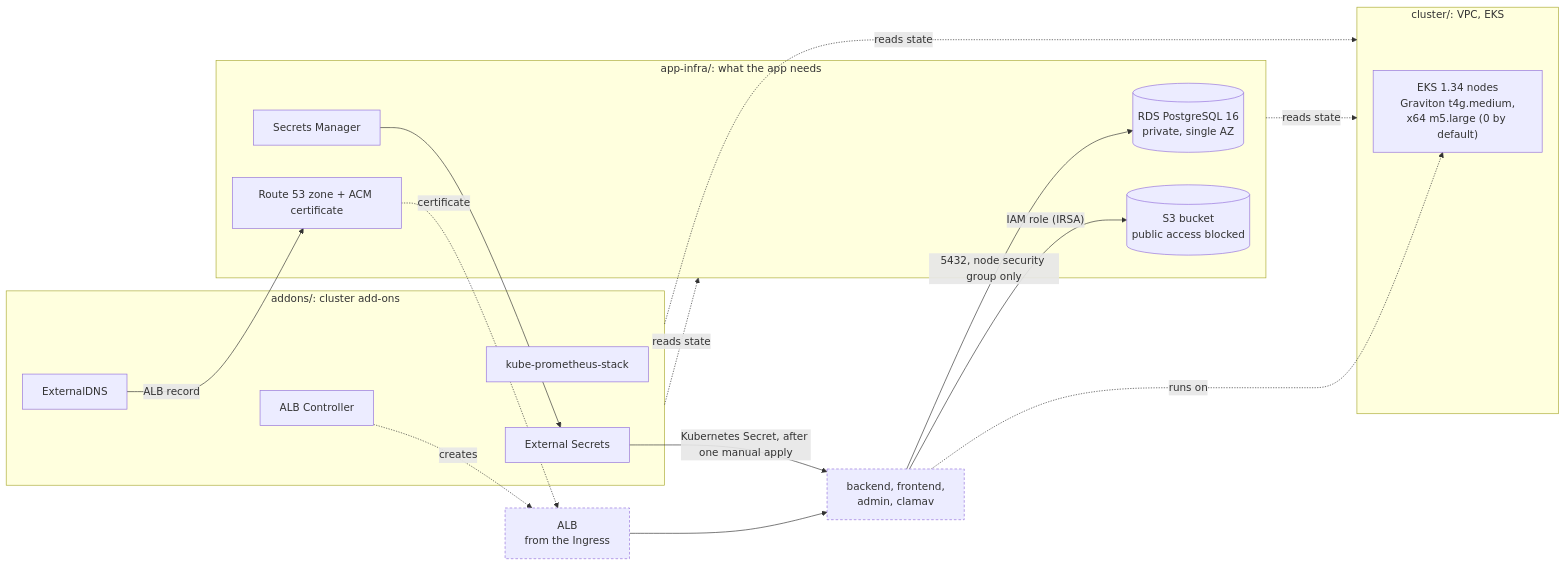
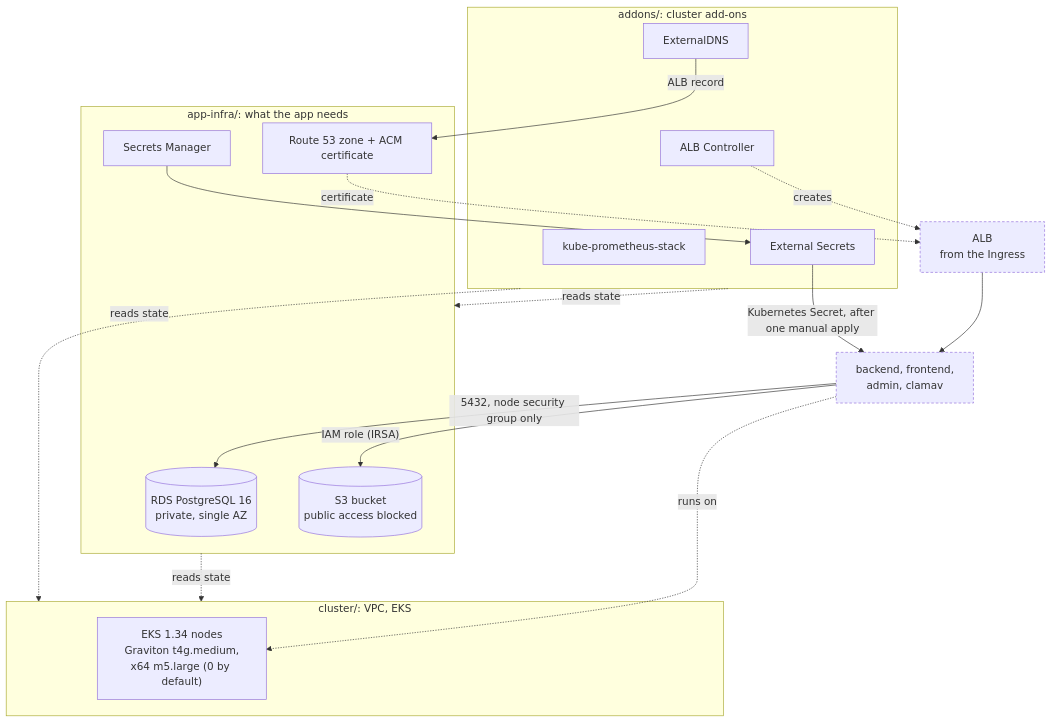
The fourth of 4 diagrams in README.md (Bluecode77732/Upload-Board-Project), drawn with Mermaid before and after one commit. The commit also changed 3 other files, not shown here.

First line of the commit message:
문서: AWS 도식을 위에서 아래로 그리고 Mermaid 렌더링 확인 결과를 기록

````diff
--- a/README.md
+++ b/README.md
@@ -213,32 +213,32 @@
 ```mermaid
-flowchart LR
+flowchart TB
   subgraph C["cluster/: VPC, EKS"]
     NODES["EKS 1.34 nodes<br/>Graviton t4g.medium,<br/>x64 m5.large (0 by default)"]
   end
   subgraph A["app-infra/: what the app needs"]
     RDS[("RDS PostgreSQL 16<br/>private, single AZ")]
     S3[("S3 bucket<br/>public access blocked")]
     SM["Secrets Manager"]
     DNS["Route 53 zone + ACM certificate"]
   end
   subgraph D["addons/: cluster add-ons"]
     LBC["ALB Controller"]
     ESO["External Secrets"]
     EDNS["ExternalDNS"]
     PROM["kube-prometheus-stack"]
   end
   A -. "reads state" .-> C
   D -. "reads state" .-> C
   D -. "reads state" .-> A
   ALB["ALB<br/>from the Ingress"]:::rt
   APP["backend, frontend,<br/>admin, clamav"]:::rt
   LBC -. "creates" .-> ALB
   ALB --> APP
   APP -. "runs on" .-> NODES
   APP -- "5432, node security group only" --> RDS
   APP -- "IAM role (IRSA)" --> S3
   SM --> ESO -- "Kubernetes Secret, after one manual apply" --> APP
   EDNS -- "ALB record" --> DNS
   DNS -. "certificate" .-> ALB
   classDef rt stroke-dasharray:4 3
 ```
````
